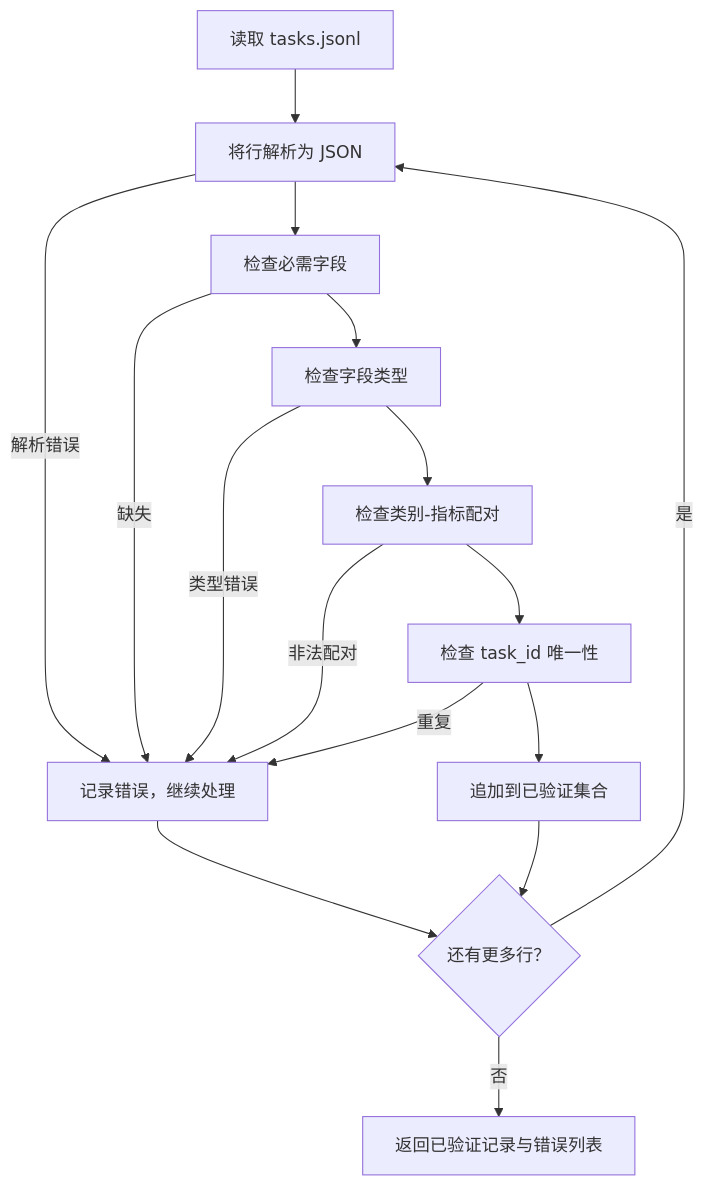
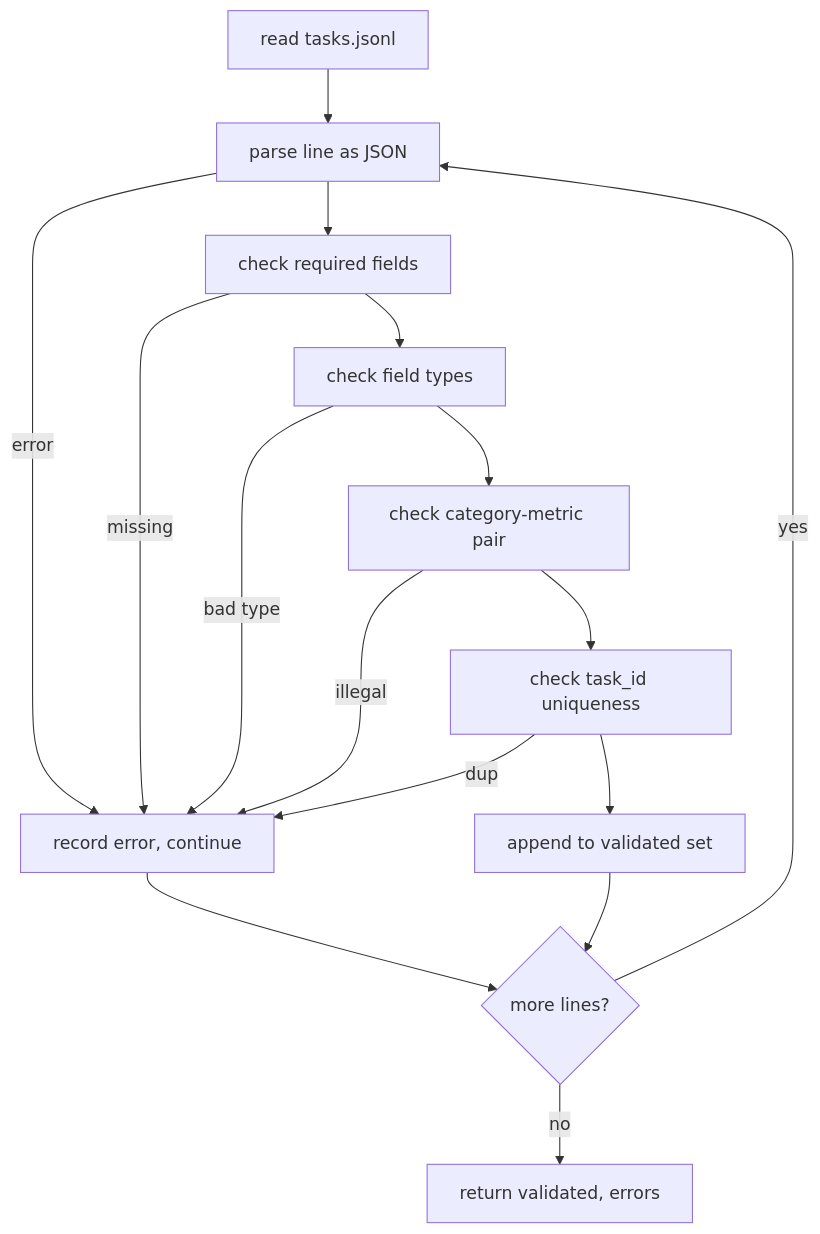
One commit to xiaojiaenen/ai-engineering-from-scratch-zh changed the diagram in i18n/zh/phases/19-capstone-projects/70-task-spec-format/docs/zh.md. Above: the diagram before and after it, drawn with Mermaid. The commit also changed other lines of this file and 85 other files, not shown here.

````diff
--- a/i18n/zh/phases/19-capstone-projects/70-task-spec-format/docs/zh.md
+++ b/i18n/zh/phases/19-capstone-projects/70-task-spec-format/docs/zh.md
@@ -67,18 +67,18 @@
 ```mermaid
 flowchart TD
-    A[读取 tasks.jsonl] --> B[将行解析为 JSON]
-    B -->|解析错误| Z[记录错误，继续处理]
-    B --> C[检查必需字段]
-    C -->|缺失| Z
-    C --> D[检查字段类型]
-    D -->|类型错误| Z
-    D --> E[检查类别-指标配对]
-    E -->|非法配对| Z
-    E --> F[检查 task_id 唯一性]
-    F -->|重复| Z
-    F --> G[追加到已验证集合]
-    Z --> H{还有更多行？}
+    A[read tasks.jsonl] --> B[parse line as JSON]
+    B -->|error| Z[record error, continue]
+    B --> C[check required fields]
+    C -->|missing| Z
+    C --> D[check field types]
+    D -->|bad type| Z
+    D --> E[check category-metric pair]
+    E -->|illegal| Z
+    E --> F[check task_id uniqueness]
+    F -->|dup| Z
+    F --> G[append to validated set]
+    Z --> H{more lines?}
     G --> H
-    H -->|是| B
-    H -->|否| I[返回已验证记录与错误列表]
+    H -->|yes| B
+    H -->|no| I[return validated, errors]
 ```
````
